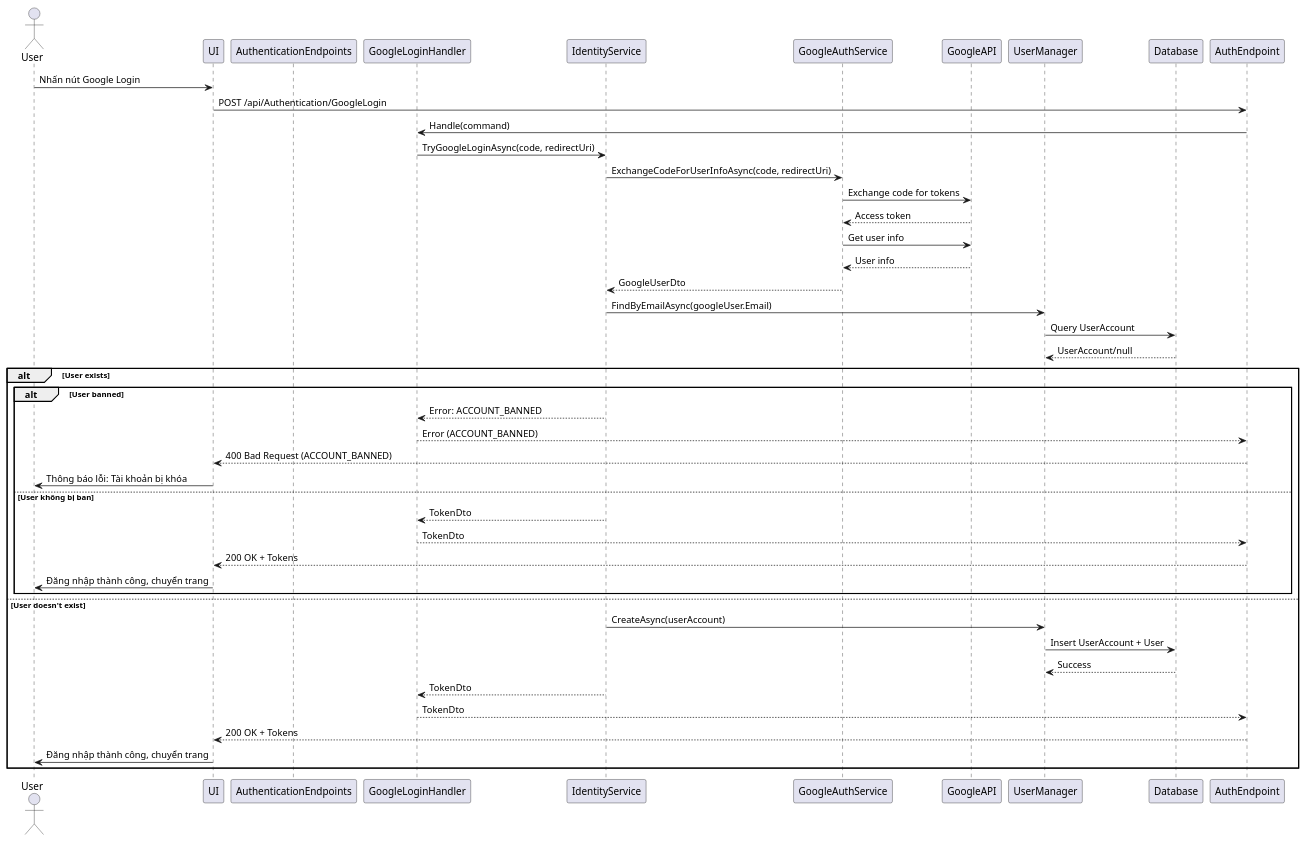
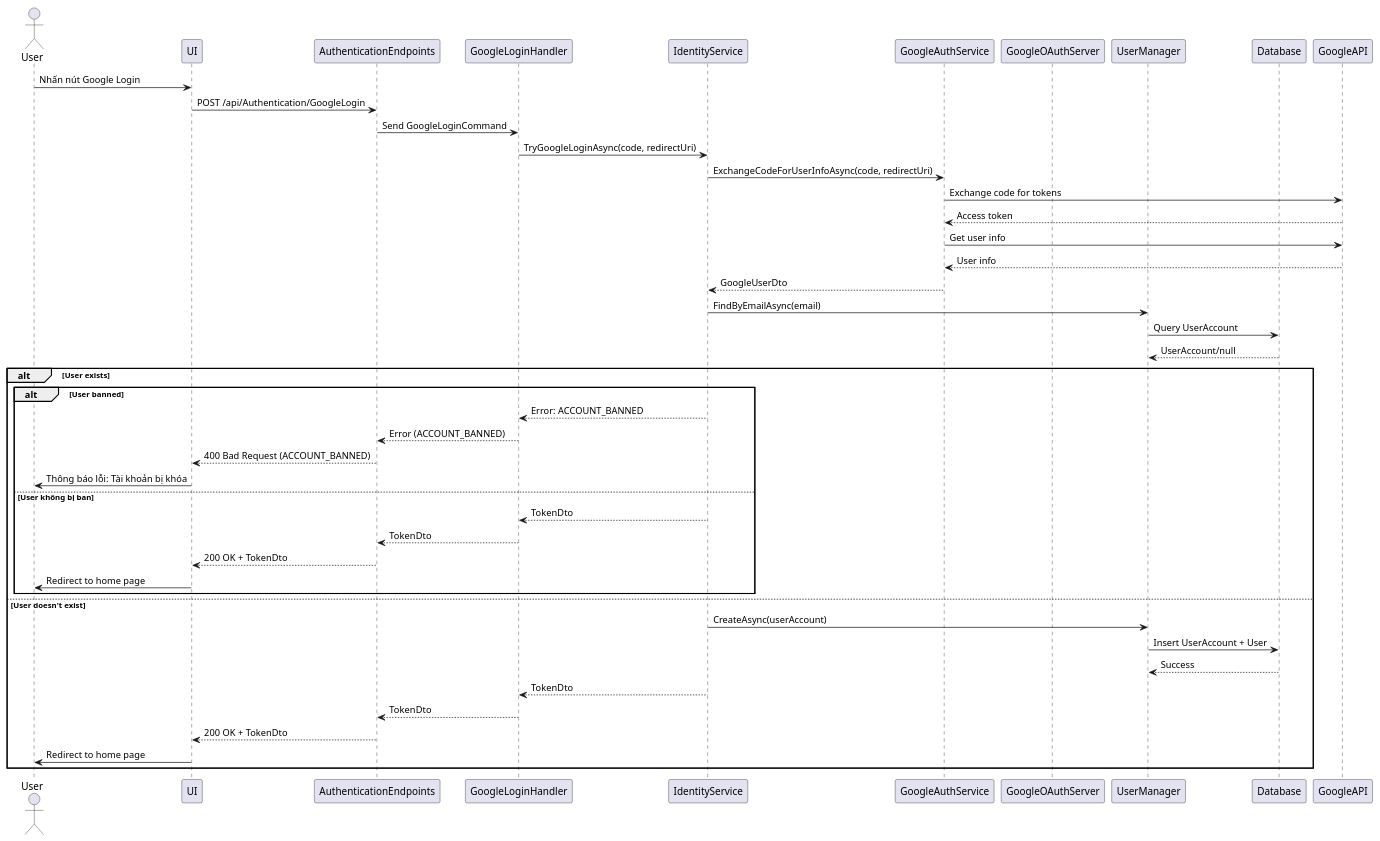
Before and after one commit to thanhkhac/SEP_Diagram: the diagram in authentication/Sequence/04_GoogleLogin.puml, drawn with PlantUML. The commit also changed 8 other files, not shown here.

First line of the commit message:
Update authentication sequence diagrams for clarity and consistency

```diff
--- a/authentication/Sequence/04_GoogleLogin.puml
+++ b/authentication/Sequence/04_GoogleLogin.puml
@@ -1,46 +1,46 @@
 @startuml
 actor User
 participant UI
 participant AuthenticationEndpoints
 participant GoogleLoginHandler
 participant IdentityService
 participant GoogleAuthService
-participant GoogleAPI
+participant GoogleOAuthServer
 participant UserManager
 participant Database
 
 User -> UI : Nhấn nút Google Login
-UI -> AuthEndpoint : POST /api/Authentication/GoogleLogin
-AuthEndpoint -> GoogleLoginHandler : Handle(command)
+UI -> AuthenticationEndpoints : POST /api/Authentication/GoogleLogin
+AuthenticationEndpoints -> GoogleLoginHandler : Send GoogleLoginCommand
 GoogleLoginHandler -> IdentityService : TryGoogleLoginAsync(code, redirectUri)
 IdentityService -> GoogleAuthService : ExchangeCodeForUserInfoAsync(code, redirectUri)
 GoogleAuthService -> GoogleAPI : Exchange code for tokens
 GoogleAPI --> GoogleAuthService : Access token
 GoogleAuthService -> GoogleAPI : Get user info
 GoogleAPI --> GoogleAuthService : User info
 GoogleAuthService --> IdentityService : GoogleUserDto
-IdentityService -> UserManager : FindByEmailAsync(googleUser.Email)
+IdentityService -> UserManager : FindByEmailAsync(email)
 UserManager -> Database : Query UserAccount
 Database --> UserManager : UserAccount/null
 alt User exists
     alt User banned
         IdentityService --> GoogleLoginHandler : Error: ACCOUNT_BANNED
-        GoogleLoginHandler --> AuthEndpoint : Error (ACCOUNT_BANNED)
-        AuthEndpoint --> UI : 400 Bad Request (ACCOUNT_BANNED)
+        GoogleLoginHandler --> AuthenticationEndpoints : Error (ACCOUNT_BANNED)
+        AuthenticationEndpoints --> UI : 400 Bad Request (ACCOUNT_BANNED)
         UI -> User : Thông báo lỗi: Tài khoản bị khóa
     else User không bị ban
         IdentityService --> GoogleLoginHandler : TokenDto
-        GoogleLoginHandler --> AuthEndpoint : TokenDto
-        AuthEndpoint --> UI : 200 OK + Tokens
-        UI -> User : Đăng nhập thành công, chuyển trang
+        GoogleLoginHandler --> AuthenticationEndpoints : TokenDto
+        AuthenticationEndpoints --> UI : 200 OK + TokenDto
+        UI -> User : Redirect to home page
     end
 else User doesn't exist
     IdentityService -> UserManager : CreateAsync(userAccount)
     UserManager -> Database : Insert UserAccount + User
     Database --> UserManager : Success
     IdentityService --> GoogleLoginHandler : TokenDto
-    GoogleLoginHandler --> AuthEndpoint : TokenDto
-    AuthEndpoint --> UI : 200 OK + Tokens
-    UI -> User : Đăng nhập thành công, chuyển trang
+    GoogleLoginHandler --> AuthenticationEndpoints : TokenDto
+    AuthenticationEndpoints --> UI : 200 OK + TokenDto
+    UI -> User : Redirect to home page
 end
 @enduml
```
